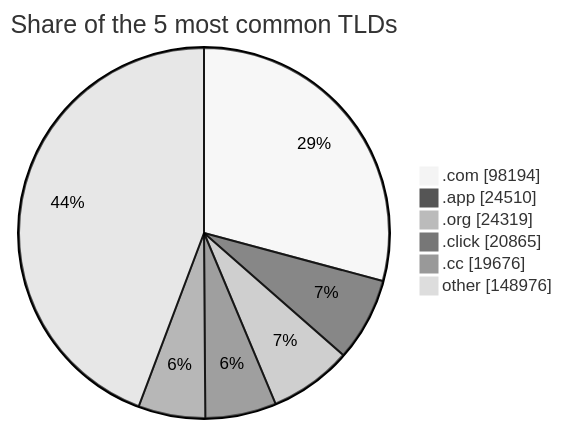
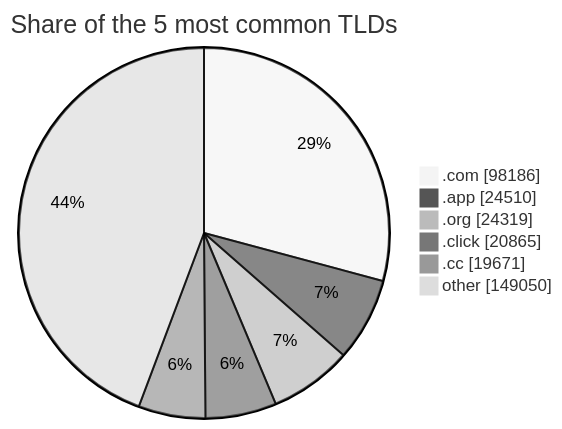
Before and after one commit to DNSBunker/CTI: the third of 3 diagrams in README.md, drawn with Mermaid (neutral theme). The commit also changed other lines of this file and 3 other files, not shown here.

````diff
--- a/README.md
+++ b/README.md
@@ -81,9 +81,9 @@
 ```mermaid
 pie showData title Share of the 5 most common TLDs
-    ".com" : 98194
+    ".com" : 98186
     ".app" : 24510
     ".org" : 24319
     ".click" : 20865
-    ".cc" : 19676
-    "other" : 148976
+    ".cc" : 19671
+    "other" : 149050
 ```
````
